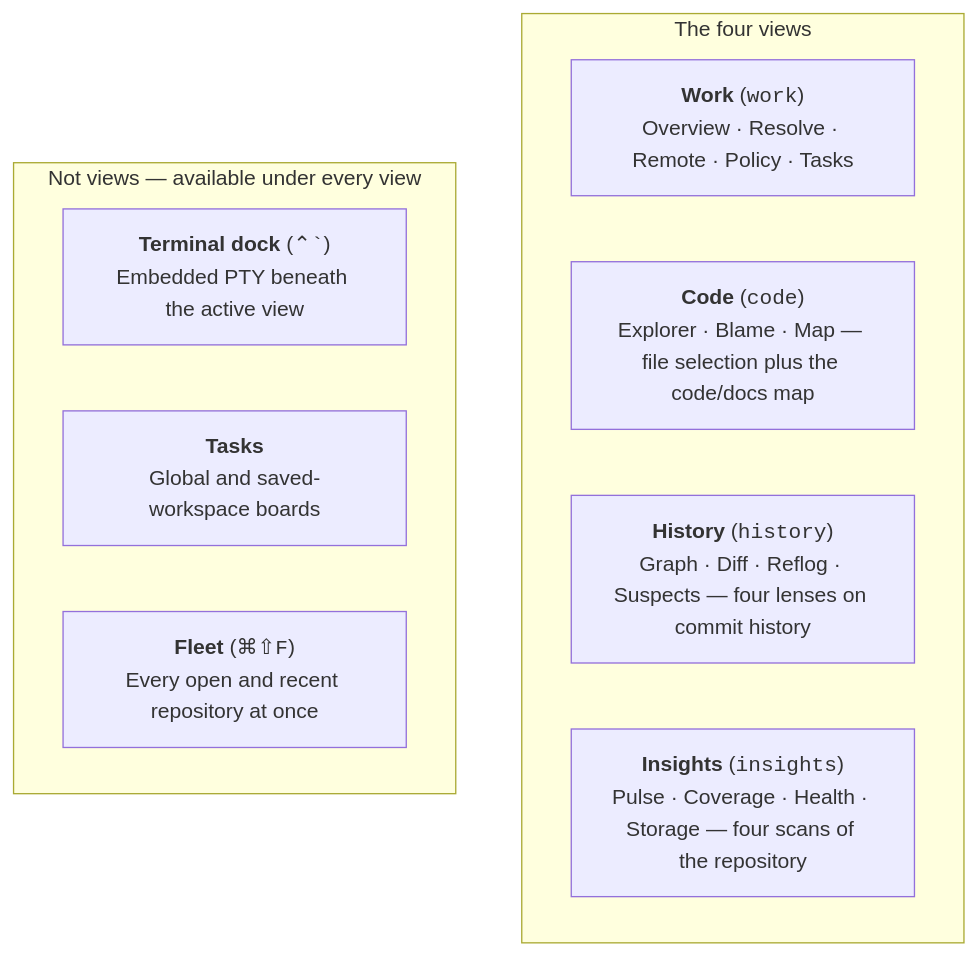
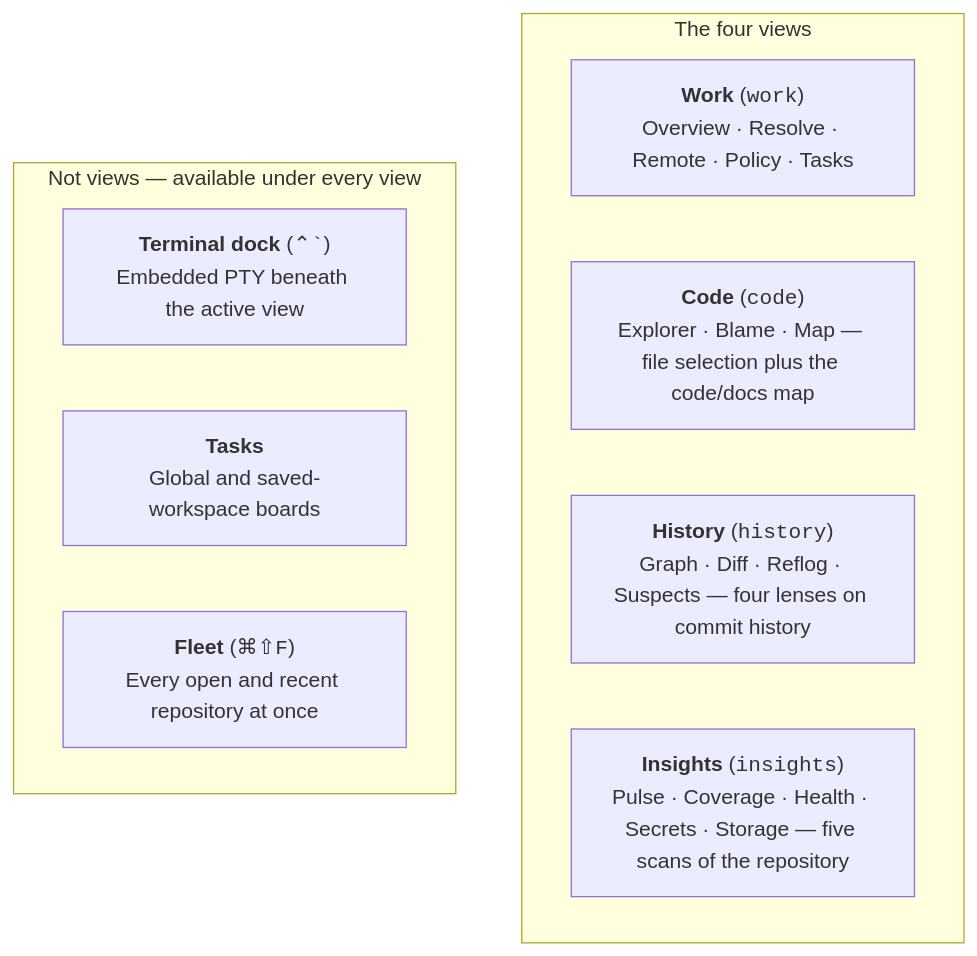
Before and after one commit to bharathvbcr/GitPulse: the first of 4 diagrams in docs/FEATURES.md, drawn with Mermaid. The commit also changed other lines of this file and 11 other files, not shown here.

Commit message:
docs: update feature catalog, architecture, security, and wiki for v1.3.5

````diff
--- a/docs/FEATURES.md
+++ b/docs/FEATURES.md
@@ -37,15 +37,15 @@
 ```mermaid
 flowchart TD
     subgraph ViewGroup["The four views"]
         Work["<b>Work</b> (<code>work</code>)<br/>Overview · Resolve · Remote · Policy · Tasks"]
         Code["<b>Code</b> (<code>code</code>)<br/>Explorer · Blame · Map — file selection plus the code/docs map"]
         History["<b>History</b> (<code>history</code>)<br/>Graph · Diff · Reflog · Suspects — four lenses on commit history"]
-        Insights["<b>Insights</b> (<code>insights</code>)<br/>Pulse · Coverage · Health · Storage — four scans of the repository"]
+        Insights["<b>Insights</b> (<code>insights</code>)<br/>Pulse · Coverage · Health · Secrets · Storage — five scans of the repository"]
     end
 
     subgraph NotViews["Not views — available under every view"]
         Terminal["<b>Terminal dock</b> (<code>⌃`</code>)<br/>Embedded PTY beneath the active view"]
         Tasks["<b>Tasks</b><br/>Global and saved-workspace boards"]
         Fleet["<b>Fleet</b> (<code>⌘⇧F</code>)<br/>Every open and recent repository at once"]
     end
 ```
````
